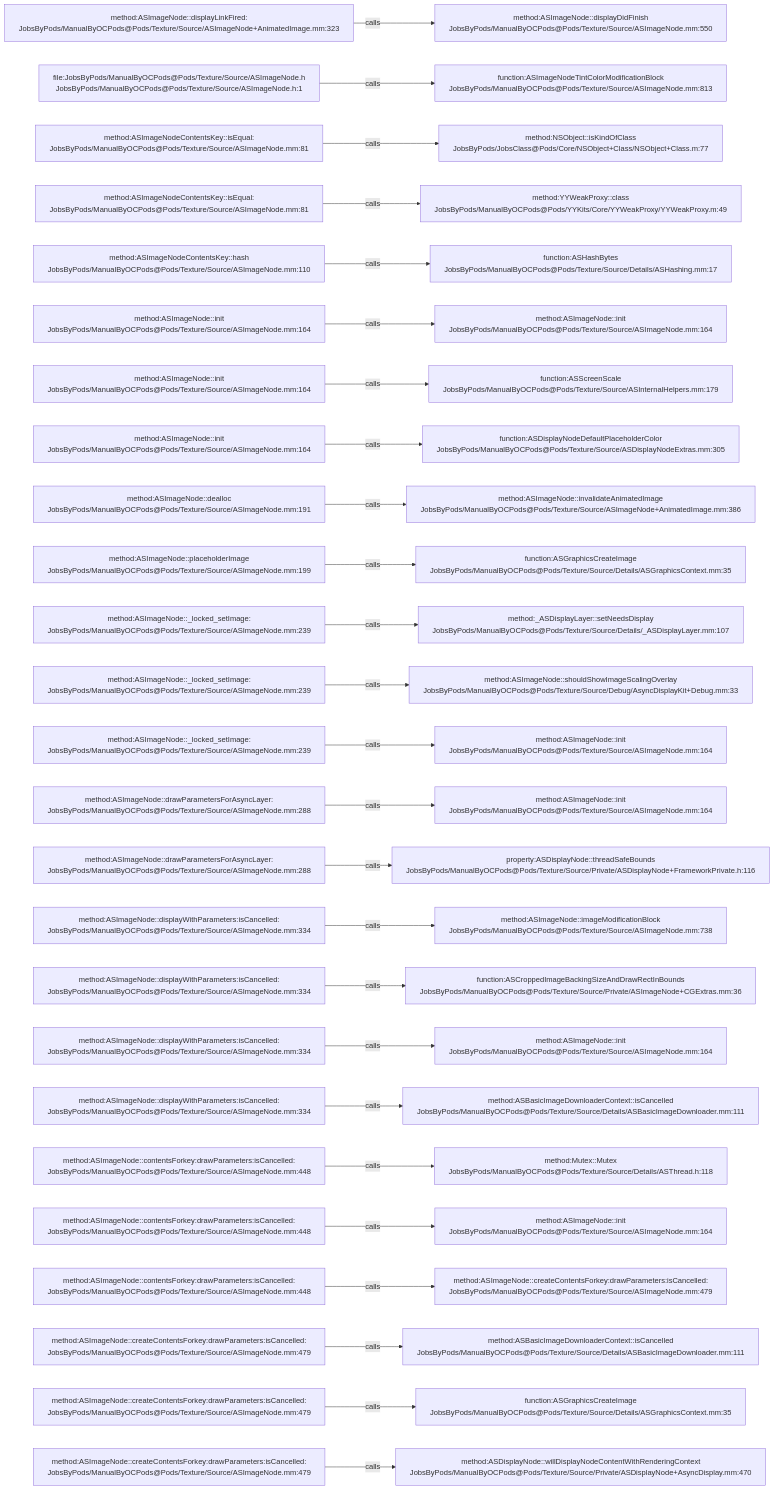
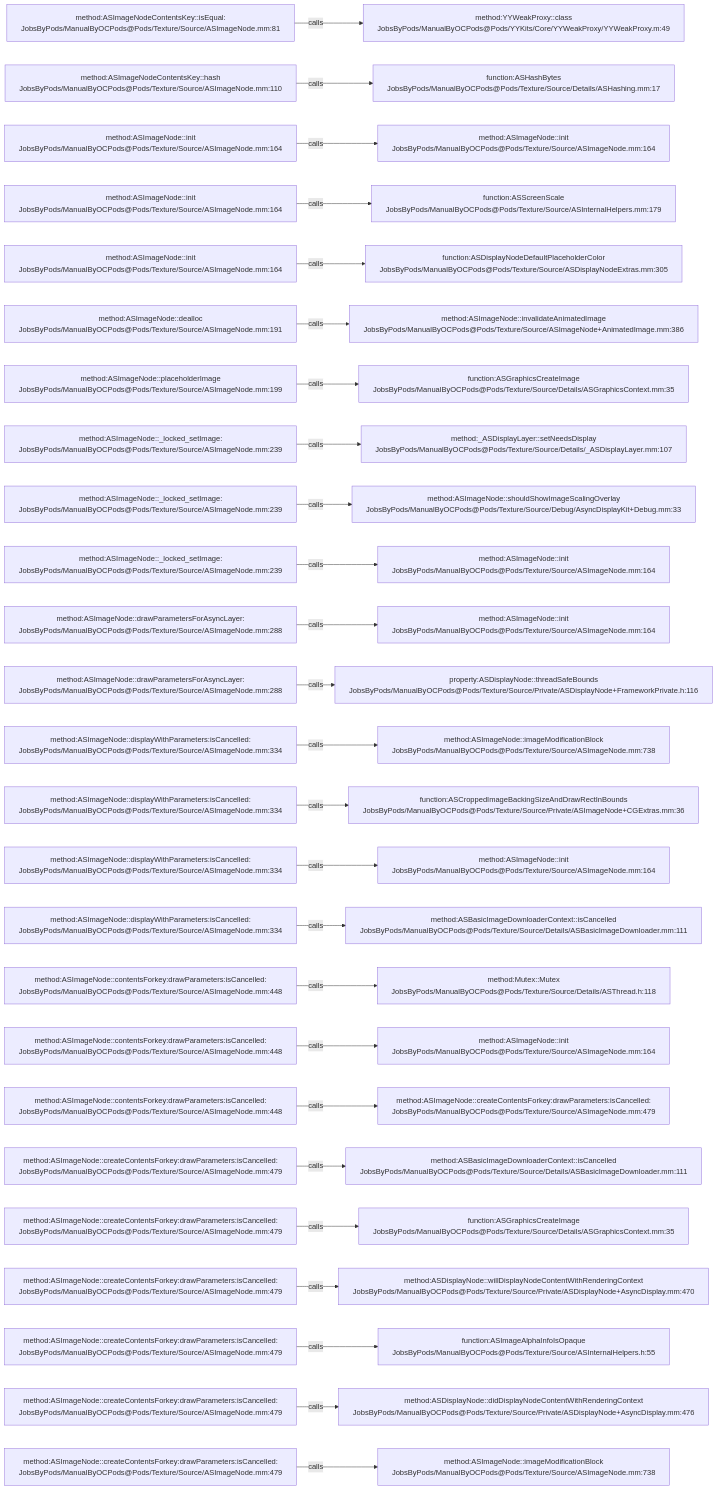
One commit to JobsKits/JobsOCBaseConfigDemo changed the diagram in .codegraph/codegraph.md/graphs/calls-111.md. Above: the diagram before and after it, drawn with Mermaid. The commit also changed 342 other files, not shown here.

````diff
--- a/.codegraph/codegraph.md/graphs/calls-111.md
+++ b/.codegraph/codegraph.md/graphs/calls-111.md
@@ -13,78 +13,78 @@
 ```mermaid
 flowchart LR
-  S1["method:ASImageNode::displayLinkFired:<br/>JobsByPods/ManualByOCPods@Pods/Texture/Source/ASImageNode+AnimatedImage.mm:323"]
-  T1["method:ASImageNode::displayDidFinish<br/>JobsByPods/ManualByOCPods@Pods/Texture/Source/ASImageNode.mm:550"]
+  S1["method:ASImageNodeContentsKey::isEqual:<br/>JobsByPods/ManualByOCPods@Pods/Texture/Source/ASImageNode.mm:81"]
+  T1["method:YYWeakProxy::class<br/>JobsByPods/ManualByOCPods@Pods/YYKits/Core/YYWeakProxy/YYWeakProxy.m:49"]
   S1 -->|calls| T1
-  S2["file:JobsByPods/ManualByOCPods@Pods/Texture/Source/ASImageNode.h<br/>JobsByPods/ManualByOCPods@Pods/Texture/Source/ASImageNode.h:1"]
-  T2["function:ASImageNodeTintColorModificationBlock<br/>JobsByPods/ManualByOCPods@Pods/Texture/Source/ASImageNode.mm:813"]
+  S2["method:ASImageNodeContentsKey::hash<br/>JobsByPods/ManualByOCPods@Pods/Texture/Source/ASImageNode.mm:110"]
+  T2["function:ASHashBytes<br/>JobsByPods/ManualByOCPods@Pods/Texture/Source/Details/ASHashing.mm:17"]
   S2 -->|calls| T2
-  S3["method:ASImageNodeContentsKey::isEqual:<br/>JobsByPods/ManualByOCPods@Pods/Texture/Source/ASImageNode.mm:81"]
-  T3["method:NSObject::isKindOfClass<br/>JobsByPods/JobsClass@Pods/Core/NSObject+Class/NSObject+Class.m:77"]
+  S3["method:ASImageNode::init<br/>JobsByPods/ManualByOCPods@Pods/Texture/Source/ASImageNode.mm:164"]
+  T3["method:ASImageNode::init<br/>JobsByPods/ManualByOCPods@Pods/Texture/Source/ASImageNode.mm:164"]
   S3 -->|calls| T3
-  S4["method:ASImageNodeContentsKey::isEqual:<br/>JobsByPods/ManualByOCPods@Pods/Texture/Source/ASImageNode.mm:81"]
-  T4["method:YYWeakProxy::class<br/>JobsByPods/ManualByOCPods@Pods/YYKits/Core/YYWeakProxy/YYWeakProxy.m:49"]
+  S4["method:ASImageNode::init<br/>JobsByPods/ManualByOCPods@Pods/Texture/Source/ASImageNode.mm:164"]
+  T4["function:ASScreenScale<br/>JobsByPods/ManualByOCPods@Pods/Texture/Source/ASInternalHelpers.mm:179"]
   S4 -->|calls| T4
-  S5["method:ASImageNodeContentsKey::hash<br/>JobsByPods/ManualByOCPods@Pods/Texture/Source/ASImageNode.mm:110"]
-  T5["function:ASHashBytes<br/>JobsByPods/ManualByOCPods@Pods/Texture/Source/Details/ASHashing.mm:17"]
+  S5["method:ASImageNode::init<br/>JobsByPods/ManualByOCPods@Pods/Texture/Source/ASImageNode.mm:164"]
+  T5["function:ASDisplayNodeDefaultPlaceholderColor<br/>JobsByPods/ManualByOCPods@Pods/Texture/Source/ASDisplayNodeExtras.mm:305"]
   S5 -->|calls| T5
-  S6["method:ASImageNode::init<br/>JobsByPods/ManualByOCPods@Pods/Texture/Source/ASImageNode.mm:164"]
-  T6["method:ASImageNode::init<br/>JobsByPods/ManualByOCPods@Pods/Texture/Source/ASImageNode.mm:164"]
+  S6["method:ASImageNode::dealloc<br/>JobsByPods/ManualByOCPods@Pods/Texture/Source/ASImageNode.mm:191"]
+  T6["method:ASImageNode::invalidateAnimatedImage<br/>JobsByPods/ManualByOCPods@Pods/Texture/Source/ASImageNode+AnimatedImage.mm:386"]
   S6 -->|calls| T6
-  S7["method:ASImageNode::init<br/>JobsByPods/ManualByOCPods@Pods/Texture/Source/ASImageNode.mm:164"]
-  T7["function:ASScreenScale<br/>JobsByPods/ManualByOCPods@Pods/Texture/Source/ASInternalHelpers.mm:179"]
+  S7["method:ASImageNode::placeholderImage<br/>JobsByPods/ManualByOCPods@Pods/Texture/Source/ASImageNode.mm:199"]
+  T7["function:ASGraphicsCreateImage<br/>JobsByPods/ManualByOCPods@Pods/Texture/Source/Details/ASGraphicsContext.mm:35"]
   S7 -->|calls| T7
-  S8["method:ASImageNode::init<br/>JobsByPods/ManualByOCPods@Pods/Texture/Source/ASImageNode.mm:164"]
-  T8["function:ASDisplayNodeDefaultPlaceholderColor<br/>JobsByPods/ManualByOCPods@Pods/Texture/Source/ASDisplayNodeExtras.mm:305"]
+  S8["method:ASImageNode::_locked_setImage:<br/>JobsByPods/ManualByOCPods@Pods/Texture/Source/ASImageNode.mm:239"]
+  T8["method:_ASDisplayLayer::setNeedsDisplay<br/>JobsByPods/ManualByOCPods@Pods/Texture/Source/Details/_ASDisplayLayer.mm:107"]
   S8 -->|calls| T8
-  S9["method:ASImageNode::dealloc<br/>JobsByPods/ManualByOCPods@Pods/Texture/Source/ASImageNode.mm:191"]
-  T9["method:ASImageNode::invalidateAnimatedImage<br/>JobsByPods/ManualByOCPods@Pods/Texture/Source/ASImageNode+AnimatedImage.mm:386"]
+  S9["method:ASImageNode::_locked_setImage:<br/>JobsByPods/ManualByOCPods@Pods/Texture/Source/ASImageNode.mm:239"]
+  T9["method:ASImageNode::shouldShowImageScalingOverlay<br/>JobsByPods/ManualByOCPods@Pods/Texture/Source/Debug/AsyncDisplayKit+Debug.mm:33"]
   S9 -->|calls| T9
-  S10["method:ASImageNode::placeholderImage<br/>JobsByPods/ManualByOCPods@Pods/Texture/Source/ASImageNode.mm:199"]
-  T10["function:ASGraphicsCreateImage<br/>JobsByPods/ManualByOCPods@Pods/Texture/Source/Details/ASGraphicsContext.mm:35"]
+  S10["method:ASImageNode::_locked_setImage:<br/>JobsByPods/ManualByOCPods@Pods/Texture/Source/ASImageNode.mm:239"]
+  T10["method:ASImageNode::init<br/>JobsByPods/ManualByOCPods@Pods/Texture/Source/ASImageNode.mm:164"]
   S10 -->|calls| T10
-  S11["method:ASImageNode::_locked_setImage:<br/>JobsByPods/ManualByOCPods@Pods/Texture/Source/ASImageNode.mm:239"]
-  T11["method:_ASDisplayLayer::setNeedsDisplay<br/>JobsByPods/ManualByOCPods@Pods/Texture/Source/Details/_ASDisplayLayer.mm:107"]
+  S11["method:ASImageNode::drawParametersForAsyncLayer:<br/>JobsByPods/ManualByOCPods@Pods/Texture/Source/ASImageNode.mm:288"]
+  T11["method:ASImageNode::init<br/>JobsByPods/ManualByOCPods@Pods/Texture/Source/ASImageNode.mm:164"]
   S11 -->|calls| T11
-  S12["method:ASImageNode::_locked_setImage:<br/>JobsByPods/ManualByOCPods@Pods/Texture/Source/ASImageNode.mm:239"]
-  T12["method:ASImageNode::shouldShowImageScalingOverlay<br/>JobsByPods/ManualByOCPods@Pods/Texture/Source/Debug/AsyncDisplayKit+Debug.mm:33"]
+  S12["method:ASImageNode::drawParametersForAsyncLayer:<br/>JobsByPods/ManualByOCPods@Pods/Texture/Source/ASImageNode.mm:288"]
+  T12["property:ASDisplayNode::threadSafeBounds<br/>JobsByPods/ManualByOCPods@Pods/Texture/Source/Private/ASDisplayNode+FrameworkPrivate.h:116"]
   S12 -->|calls| T12
-  S13["method:ASImageNode::_locked_setImage:<br/>JobsByPods/ManualByOCPods@Pods/Texture/Source/ASImageNode.mm:239"]
-  T13["method:ASImageNode::init<br/>JobsByPods/ManualByOCPods@Pods/Texture/Source/ASImageNode.mm:164"]
+  S13["method:ASImageNode::displayWithParameters:isCancelled:<br/>JobsByPods/ManualByOCPods@Pods/Texture/Source/ASImageNode.mm:334"]
+  T13["method:ASImageNode::imageModificationBlock<br/>JobsByPods/ManualByOCPods@Pods/Texture/Source/ASImageNode.mm:738"]
   S13 -->|calls| T13
-  S14["method:ASImageNode::drawParametersForAsyncLayer:<br/>JobsByPods/ManualByOCPods@Pods/Texture/Source/ASImageNode.mm:288"]
-  T14["method:ASImageNode::init<br/>JobsByPods/ManualByOCPods@Pods/Texture/Source/ASImageNode.mm:164"]
+  S14["method:ASImageNode::displayWithParameters:isCancelled:<br/>JobsByPods/ManualByOCPods@Pods/Texture/Source/ASImageNode.mm:334"]
+  T14["function:ASCroppedImageBackingSizeAndDrawRectInBounds<br/>JobsByPods/ManualByOCPods@Pods/Texture/Source/Private/ASImageNode+CGExtras.mm:36"]
   S14 -->|calls| T14
-  S15["method:ASImageNode::drawParametersForAsyncLayer:<br/>JobsByPods/ManualByOCPods@Pods/Texture/Source/ASImageNode.mm:288"]
-  T15["property:ASDisplayNode::threadSafeBounds<br/>JobsByPods/ManualByOCPods@Pods/Texture/Source/Private/ASDisplayNode+FrameworkPrivate.h:116"]
+  S15["method:ASImageNode::displayWithParameters:isCancelled:<br/>JobsByPods/ManualByOCPods@Pods/Texture/Source/ASImageNode.mm:334"]
+  T15["method:ASImageNode::init<br/>JobsByPods/ManualByOCPods@Pods/Texture/Source/ASImageNode.mm:164"]
   S15 -->|calls| T15
   S16["method:ASImageNode::displayWithParameters:isCancelled:<br/>JobsByPods/ManualByOCPods@Pods/Texture/Source/ASImageNode.mm:334"]
-  T16["method:ASImageNode::imageModificationBlock<br/>JobsByPods/ManualByOCPods@Pods/Texture/Source/ASImageNode.mm:738"]
+  T16["method:ASBasicImageDownloaderContext::isCancelled<br/>JobsByPods/ManualByOCPods@Pods/Texture/Source/Details/ASBasicImageDownloader.mm:111"]
   S16 -->|calls| T16
-  S17["method:ASImageNode::displayWithParameters:isCancelled:<br/>JobsByPods/ManualByOCPods@Pods/Texture/Source/ASImageNode.mm:334"]
-  T17["function:ASCroppedImageBackingSizeAndDrawRectInBounds<br/>JobsByPods/ManualByOCPods@Pods/Texture/Source/Private/ASImageNode+CGExtras.mm:36"]
+  S17["method:ASImageNode::contentsForkey:drawParameters:isCancelled:<br/>JobsByPods/ManualByOCPods@Pods/Texture/Source/ASImageNode.mm:448"]
+  T17["method:Mutex::Mutex<br/>JobsByPods/ManualByOCPods@Pods/Texture/Source/Details/ASThread.h:118"]
   S17 -->|calls| T17
-  S18["method:ASImageNode::displayWithParameters:isCancelled:<br/>JobsByPods/ManualByOCPods@Pods/Texture/Source/ASImageNode.mm:334"]
+  S18["method:ASImageNode::contentsForkey:drawParameters:isCancelled:<br/>JobsByPods/ManualByOCPods@Pods/Texture/Source/ASImageNode.mm:448"]
   T18["method:ASImageNode::init<br/>JobsByPods/ManualByOCPods@Pods/Texture/Source/ASImageNode.mm:164"]
   S18 -->|calls| T18
-  S19["method:ASImageNode::displayWithParameters:isCancelled:<br/>JobsByPods/ManualByOCPods@Pods/Texture/Source/ASImageNode.mm:334"]
-  T19["method:ASBasicImageDownloaderContext::isCancelled<br/>JobsByPods/ManualByOCPods@Pods/Texture/Source/Details/ASBasicImageDownloader.mm:111"]
+  S19["method:ASImageNode::contentsForkey:drawParameters:isCancelled:<br/>JobsByPods/ManualByOCPods@Pods/Texture/Source/ASImageNode.mm:448"]
+  T19["method:ASImageNode::createContentsForkey:drawParameters:isCancelled:<br/>JobsByPods/ManualByOCPods@Pods/Texture/Source/ASImageNode.mm:479"]
   S19 -->|calls| T19
-  S20["method:ASImageNode::contentsForkey:drawParameters:isCancelled:<br/>JobsByPods/ManualByOCPods@Pods/Texture/Source/ASImageNode.mm:448"]
-  T20["method:Mutex::Mutex<br/>JobsByPods/ManualByOCPods@Pods/Texture/Source/Details/ASThread.h:118"]
+  S20["method:ASImageNode::createContentsForkey:drawParameters:isCancelled:<br/>JobsByPods/ManualByOCPods@Pods/Texture/Source/ASImageNode.mm:479"]
+  T20["method:ASBasicImageDownloaderContext::isCancelled<br/>JobsByPods/ManualByOCPods@Pods/Texture/Source/Details/ASBasicImageDownloader.mm:111"]
   S20 -->|calls| T20
-  S21["method:ASImageNode::contentsForkey:drawParameters:isCancelled:<br/>JobsByPods/ManualByOCPods@Pods/Texture/Source/ASImageNode.mm:448"]
-  T21["method:ASImageNode::init<br/>JobsByPods/ManualByOCPods@Pods/Texture/Source/ASImageNode.mm:164"]
+  S21["method:ASImageNode::createContentsForkey:drawParameters:isCancelled:<br/>JobsByPods/ManualByOCPods@Pods/Texture/Source/ASImageNode.mm:479"]
+  T21["function:ASGraphicsCreateImage<br/>JobsByPods/ManualByOCPods@Pods/Texture/Source/Details/ASGraphicsContext.mm:35"]
   S21 -->|calls| T21
-  S22["method:ASImageNode::contentsForkey:drawParameters:isCancelled:<br/>JobsByPods/ManualByOCPods@Pods/Texture/Source/ASImageNode.mm:448"]
-  T22["method:ASImageNode::createContentsForkey:drawParameters:isCancelled:<br/>JobsByPods/ManualByOCPods@Pods/Texture/Source/ASImageNode.mm:479"]
+  S22["method:ASImageNode::createContentsForkey:drawParameters:isCancelled:<br/>JobsByPods/ManualByOCPods@Pods/Texture/Source/ASImageNode.mm:479"]
+  T22["method:ASDisplayNode::willDisplayNodeContentWithRenderingContext<br/>JobsByPods/ManualByOCPods@Pods/Texture/Source/Private/ASDisplayNode+AsyncDisplay.mm:470"]
   S22 -->|calls| T22
   S23["method:ASImageNode::createContentsForkey:drawParameters:isCancelled:<br/>JobsByPods/ManualByOCPods@Pods/Texture/Source/ASImageNode.mm:479"]
-  T23["method:ASBasicImageDownloaderContext::isCancelled<br/>JobsByPods/ManualByOCPods@Pods/Texture/Source/Details/ASBasicImageDownloader.mm:111"]
+  T23["function:ASImageAlphaInfoIsOpaque<br/>JobsByPods/ManualByOCPods@Pods/Texture/Source/ASInternalHelpers.h:55"]
   S23 -->|calls| T23
   S24["method:ASImageNode::createContentsForkey:drawParameters:isCancelled:<br/>JobsByPods/ManualByOCPods@Pods/Texture/Source/ASImageNode.mm:479"]
-  T24["function:ASGraphicsCreateImage<br/>JobsByPods/ManualByOCPods@Pods/Texture/Source/Details/ASGraphicsContext.mm:35"]
+  T24["method:ASDisplayNode::didDisplayNodeContentWithRenderingContext<br/>JobsByPods/ManualByOCPods@Pods/Texture/Source/Private/ASDisplayNode+AsyncDisplay.mm:476"]
   S24 -->|calls| T24
   S25["method:ASImageNode::createContentsForkey:drawParameters:isCancelled:<br/>JobsByPods/ManualByOCPods@Pods/Texture/Source/ASImageNode.mm:479"]
-  T25["method:ASDisplayNode::willDisplayNodeContentWithRenderingContext<br/>JobsByPods/ManualByOCPods@Pods/Texture/Source/Private/ASDisplayNode+AsyncDisplay.mm:470"]
+  T25["method:ASImageNode::imageModificationBlock<br/>JobsByPods/ManualByOCPods@Pods/Texture/Source/ASImageNode.mm:738"]
   S25 -->|calls| T25
 ```
````
